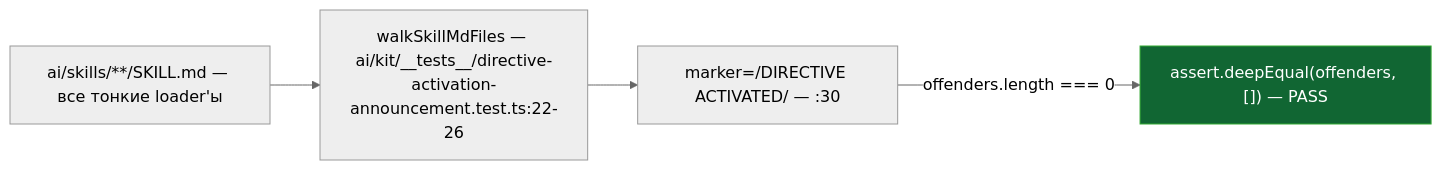
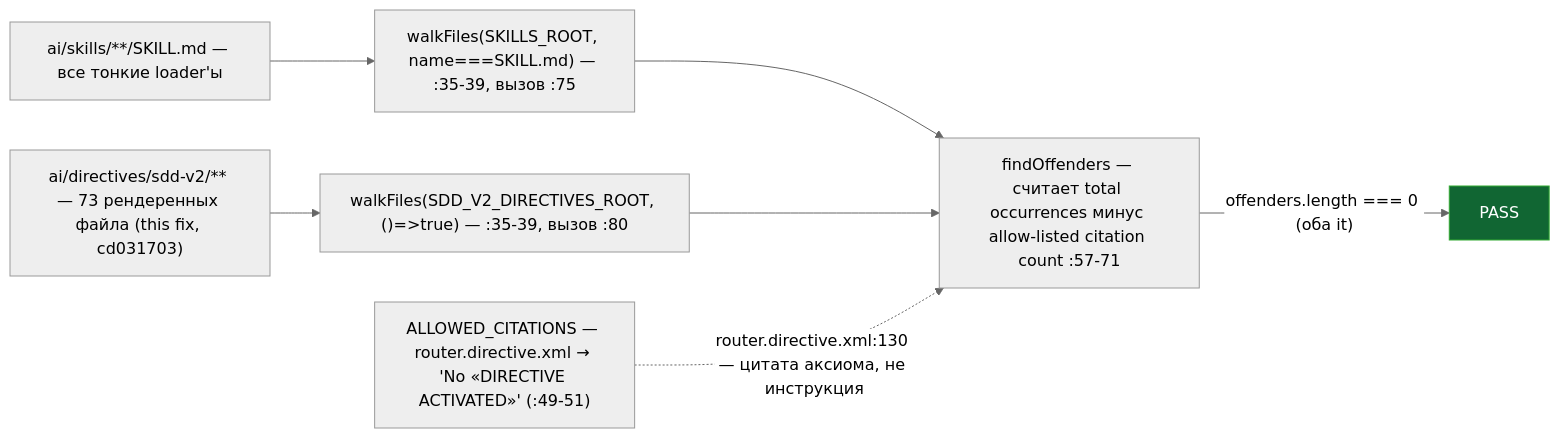
The second of 2 diagrams in ai/drafts/research/sdd-v1-to-v2-transfer/_raw/reports/R-LOCK-3.md (RubaXa/gennady), drawn with Mermaid (neutral theme) before and after one commit. The commit also changed other lines of this file and 4 other files, not shown here.

````diff
--- a/ai/drafts/research/sdd-v1-to-v2-transfer/_raw/reports/R-LOCK-3.md
+++ b/ai/drafts/research/sdd-v1-to-v2-transfer/_raw/reports/R-LOCK-3.md
@@ -40,9 +42,14 @@
 ```mermaid
 flowchart LR
   SKILLS["ai/skills/**/SKILL.md — все тонкие loader'ы"]
-  WALK["walkSkillMdFiles — ai/kit/__tests__/directive-activation-announcement.test.ts:22-26"]
-  MARKER["marker=/DIRECTIVE ACTIVATED/ — :30"]
-  SKILLS --> WALK --> MARKER
-  MARKER -->|"offenders.length === 0"| PASS["assert.deepEqual(offenders, []) — PASS"]
+  DIRECTIVES["ai/directives/sdd-v2/** — 73 рендеренных файла (this fix, cd031703)"]
+  WALK1["walkFiles(SKILLS_ROOT, name===SKILL.md) — :35-39, вызов :75"]
+  WALK2["walkFiles(SDD_V2_DIRECTIVES_ROOT, ()=>true) — :35-39, вызов :80"]
+  ALLOW["ALLOWED_CITATIONS — router.directive.xml → 'No «DIRECTIVE ACTIVATED»' (:49-51)"]
+  FIND["findOffenders — считает total occurrences минус allow-listed citation count :57-71"]
+  SKILLS --> WALK1 --> FIND
+  DIRECTIVES --> WALK2 --> FIND
+  ALLOW -.->|"router.directive.xml:130 — цитата аксиома, не инструкция"| FIND
+  FIND -->|"offenders.length === 0 (оба it)"| PASS["PASS"]
   style PASS fill:#163,stroke:#3a3,color:#fff
 ```
````
